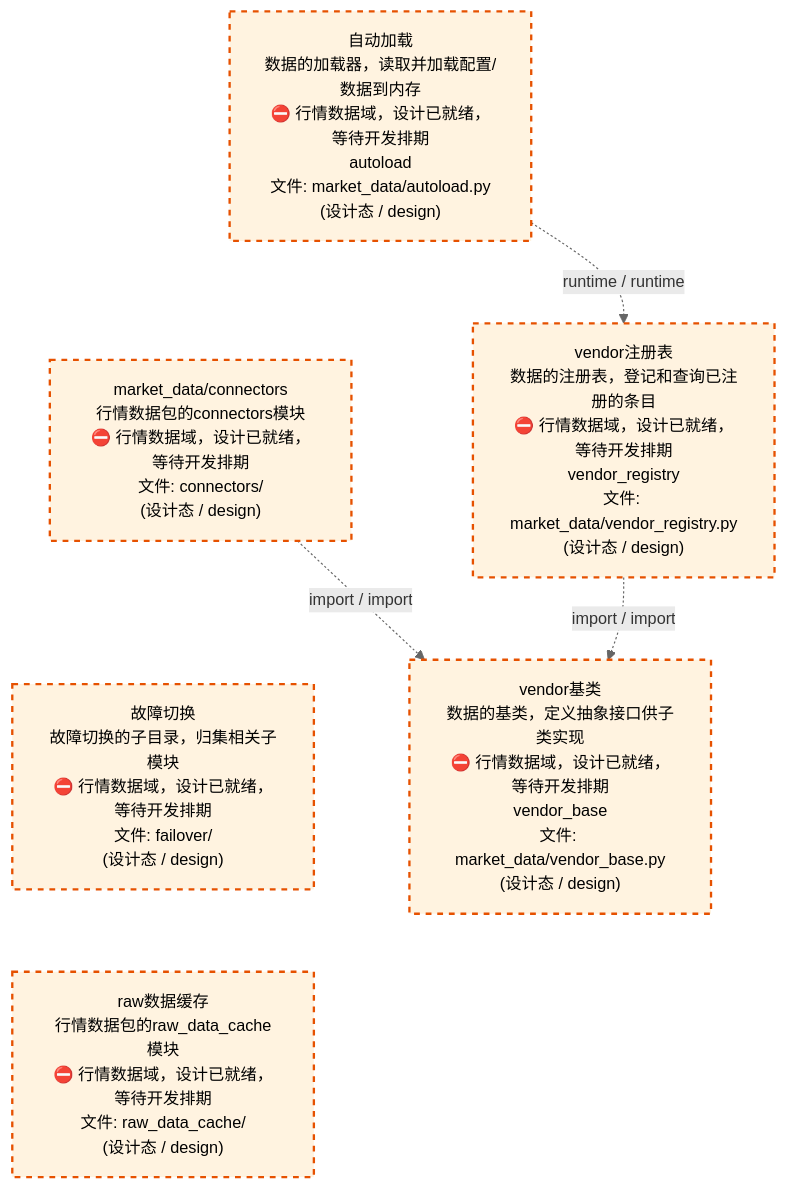
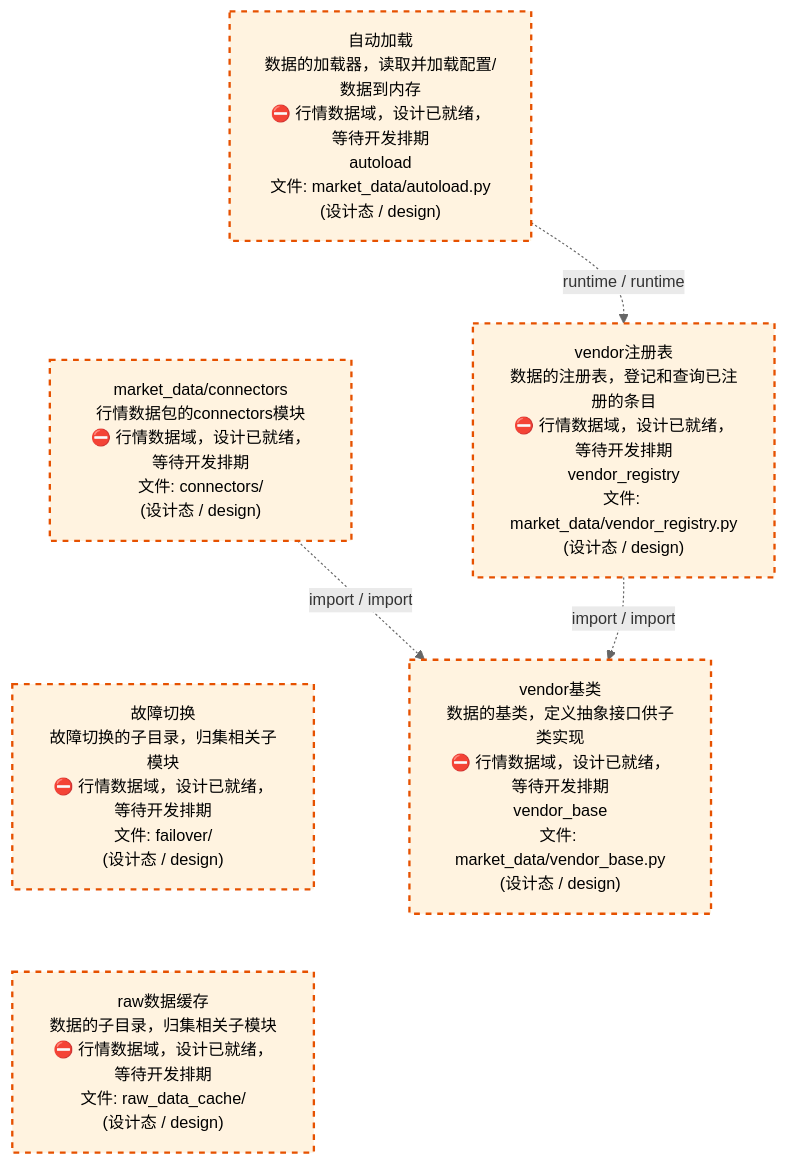
Before and after one commit to xuanFelixVan/ZephyrAlpha: the third of 4 diagrams in docs/02_enterprise_architecture/02_domain_architecture_docs/23_d_mkt_data.md, drawn with Mermaid. The commit also changed other lines of this file and 36 other files, not shown here.

````diff
--- a/docs/02_enterprise_architecture/02_domain_architecture_docs/23_d_mkt_data.md
+++ b/docs/02_enterprise_architecture/02_domain_architecture_docs/23_d_mkt_data.md
@@ -143,21 +143,21 @@
 ```mermaid
 %%{init: {'theme': 'base', 'themeVariables': {'primaryColor': '#eaeaea', 'primaryTextColor': '#333333', 'primaryBorderColor': '#666666', 'lineColor': '#666666', 'secondaryColor': '#eaeaea', 'tertiaryColor': '#eaeaea', 'fontSize': '14px'}}}%%
 flowchart TD
     src_zephyr_market_data_autoload_py["自动加载<br/>数据的加载器，读取并加载配置/数据到内存<br/>⛔ 行情数据域，设计已就绪，等待开发排期<br/>autoload<br/>文件: market_data/autoload.py<br/>(设计态 / design)"]
     src_zephyr_market_data_connectors["market_data/connectors<br/>行情数据包的connectors模块<br/>⛔ 行情数据域，设计已就绪，等待开发排期<br/>文件: connectors/<br/>(设计态 / design)"]
     src_zephyr_market_data_failover["故障切换<br/>故障切换的子目录，归集相关子模块<br/>⛔ 行情数据域，设计已就绪，等待开发排期<br/>文件: failover/<br/>(设计态 / design)"]
-    src_zephyr_market_data_raw_data_cache["raw数据缓存<br/>行情数据包的raw_data_cache模块<br/>⛔ 行情数据域，设计已就绪，等待开发排期<br/>文件: raw_data_cache/<br/>(设计态 / design)"]
+    src_zephyr_market_data_raw_data_cache["raw数据缓存<br/>数据的子目录，归集相关子模块<br/>⛔ 行情数据域，设计已就绪，等待开发排期<br/>文件: raw_data_cache/<br/>(设计态 / design)"]
     src_zephyr_market_data_autoload_py ~~~ src_zephyr_market_data_connectors
     src_zephyr_market_data_connectors ~~~ src_zephyr_market_data_failover
     src_zephyr_market_data_failover ~~~ src_zephyr_market_data_raw_data_cache
     src_zephyr_market_data_vendor_registry_py["vendor注册表<br/>数据的注册表，登记和查询已注册的条目<br/>⛔ 行情数据域，设计已就绪，等待开发排期<br/>vendor_registry<br/>文件: market_data/vendor_registry.py<br/>(设计态 / design)"]
     src_zephyr_market_data_vendor_base_py["vendor基类<br/>数据的基类，定义抽象接口供子类实现<br/>⛔ 行情数据域，设计已就绪，等待开发排期<br/>vendor_base<br/>文件: market_data/vendor_base.py<br/>(设计态 / design)"]
     src_zephyr_market_data_vendor_registry_py -.->|import / import| src_zephyr_market_data_vendor_base_py
     src_zephyr_market_data_connectors -.->|import / import| src_zephyr_market_data_vendor_base_py
     src_zephyr_market_data_autoload_py -.->|runtime / runtime| src_zephyr_market_data_vendor_registry_py
     classDef production fill:#e1f5fe,stroke:#01579b,stroke-width:2px,color:#000
     classDef design fill:#fff3e0,stroke:#e65100,stroke-width:2px,color:#000,stroke-dasharray: 5 5
     classDef external_prod fill:#e8f4fd,stroke:#0277bd,stroke-width:1px,color:#000
     classDef external_design fill:#fff8e7,stroke:#ef6c00,stroke-width:1px,color:#000,stroke-dasharray: 5 5
     class src_zephyr_market_data_autoload_py,src_zephyr_market_data_connectors,src_zephyr_market_data_failover,src_zephyr_market_data_raw_data_cache,src_zephyr_market_data_vendor_base_py,src_zephyr_market_data_vendor_registry_py design
 ```
````
